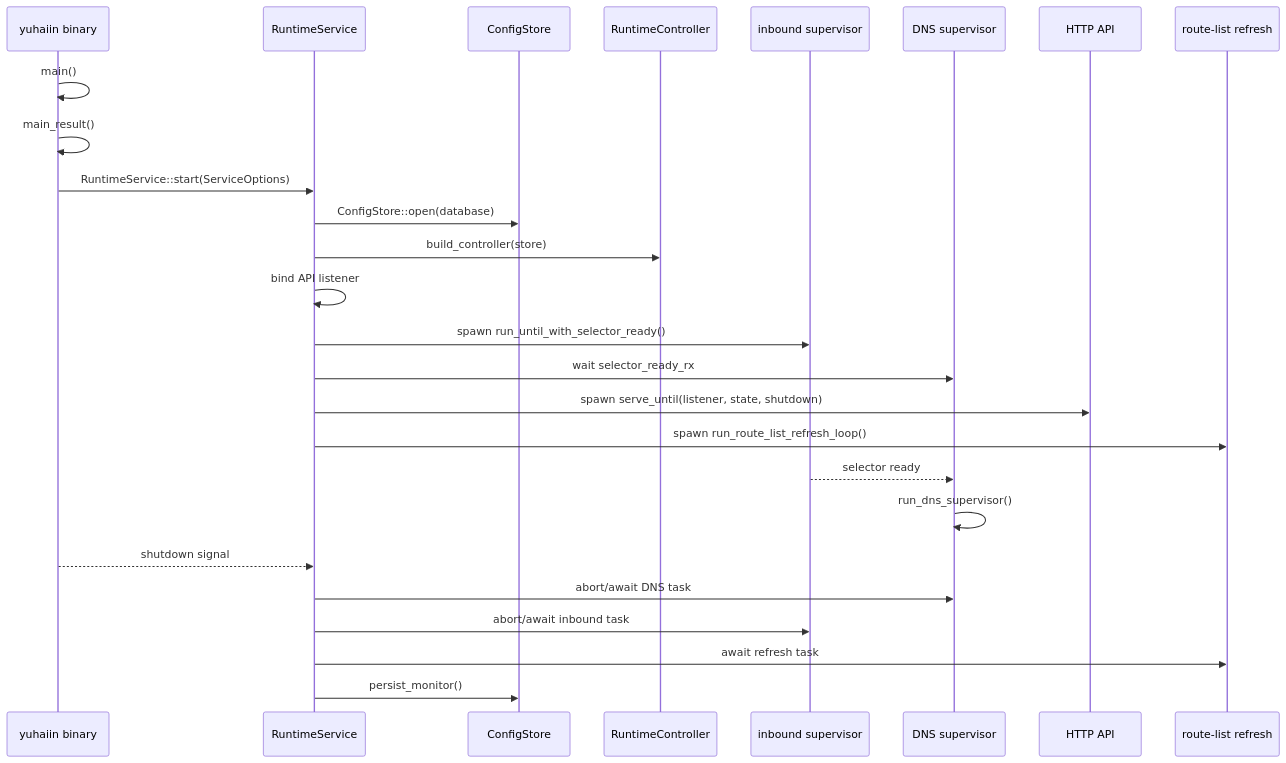
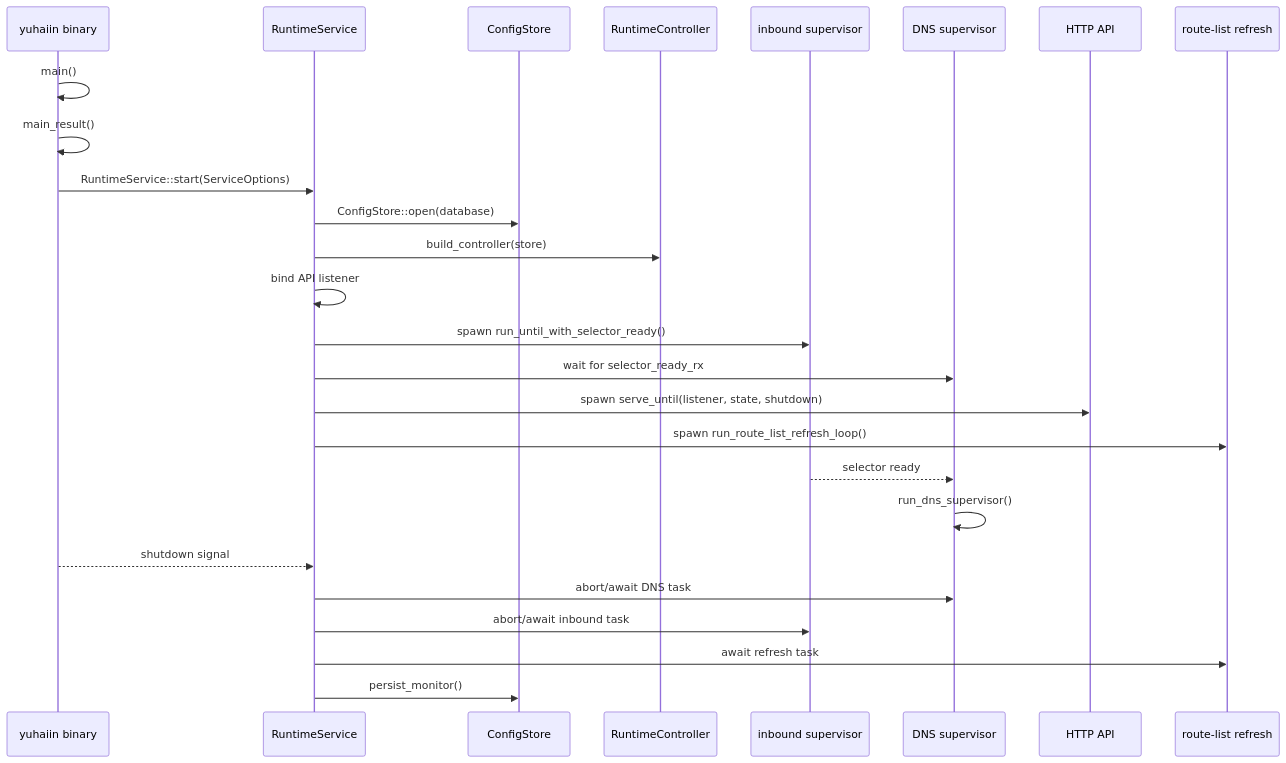
One commit to yuhaiin/doradus changed the third of 11 diagrams in docs/ARCHITECTURE.md. Above: the diagram before and after it, drawn with Mermaid. The commit also changed other lines of this file and 9 other files, not shown here.

````diff
--- a/docs/ARCHITECTURE.md
+++ b/docs/ARCHITECTURE.md
@@ -192,29 +197,29 @@
-```mermaid
+~~~mermaid
 sequenceDiagram
     participant P as yuhaiin binary
     participant S as RuntimeService
     participant DB as ConfigStore
     participant C as RuntimeController
     participant I as inbound supervisor
     participant D as DNS supervisor
     participant A as HTTP API
     participant R as route-list refresh
 
     P->>P: main()
     P->>P: main_result()
     P->>S: RuntimeService::start(ServiceOptions)
     S->>DB: ConfigStore::open(database)
     S->>C: build_controller(store)
     S->>S: bind API listener
     S->>I: spawn run_until_with_selector_ready()
-    S->>D: wait selector_ready_rx
+    S->>D: wait for selector_ready_rx
     S->>A: spawn serve_until(listener, state, shutdown)
     S->>R: spawn run_route_list_refresh_loop()
     I-->>D: selector ready
     D->>D: run_dns_supervisor()
     P-->>S: shutdown signal
     S->>D: abort/await DNS task
     S->>I: abort/await inbound task
     S->>R: await refresh task
     S->>DB: persist_monitor()
-```
+~~~
````
